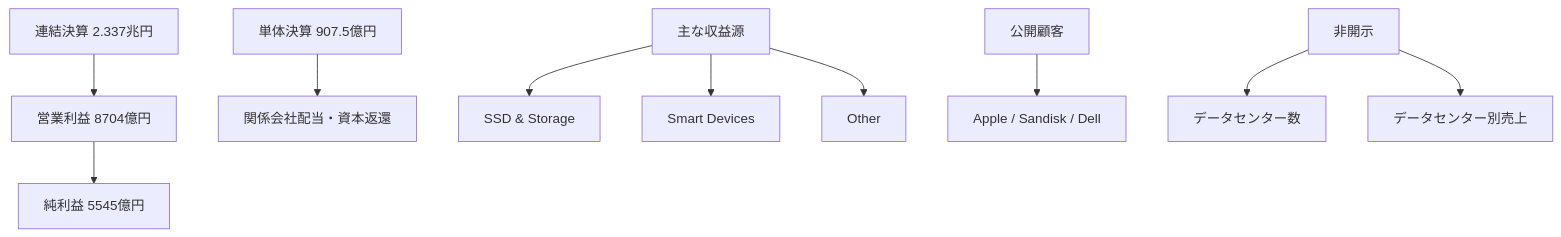
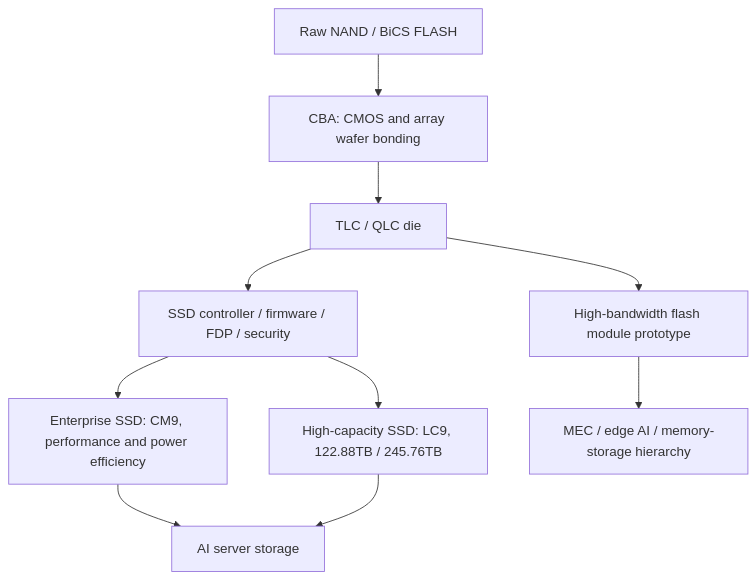
One commit to daylight55/research changed the second of 2 diagrams in src/content/blog/kioxia.mdx. Above: the diagram before and after it, drawn with Mermaid. The commit also changed other lines of this file and 2 other files, not shown here.

````diff
--- a/src/content/blog/kioxia.mdx
+++ b/src/content/blog/kioxia.mdx
@@ -32,12 +89,12 @@
 ```mermaid
 flowchart TB
-  A["連結決算 2.337兆円"] --> B["営業利益 8704億円"]
-  B --> C["純利益 5545億円"]
-  D["単体決算 907.5億円"] --> E["関係会社配当・資本返還"]
-  F["主な収益源"] --> G["SSD & Storage"]
-  F --> H["Smart Devices"]
-  F --> I["Other"]
-  J["公開顧客"] --> K["Apple / Sandisk / Dell"]
-  L["非開示"] --> M["データセンター数"]
-  L --> N["データセンター別売上"]
+  A["Raw NAND / BiCS FLASH"] --> B["CBA: CMOS and array wafer bonding"]
+  B --> C["TLC / QLC die"]
+  C --> D["SSD controller / firmware / FDP / security"]
+  D --> E["Enterprise SSD: CM9, performance and power efficiency"]
+  D --> F["High-capacity SSD: LC9, 122.88TB / 245.76TB"]
+  C --> G["High-bandwidth flash module prototype"]
+  E --> H["AI server storage"]
+  F --> H
+  G --> I["MEC / edge AI / memory-storage hierarchy"]
 ```
````
